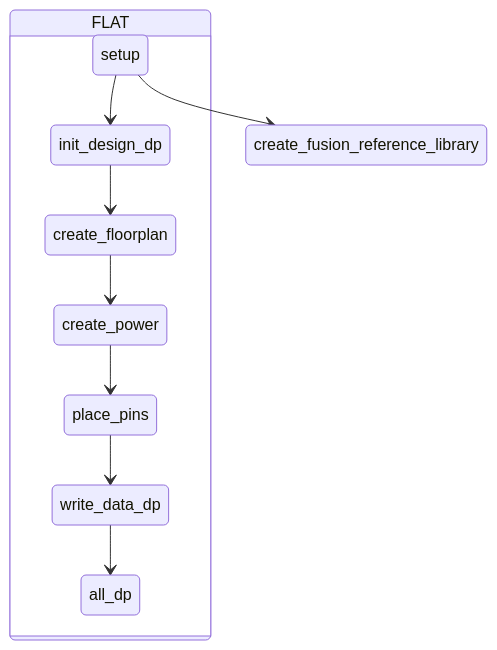
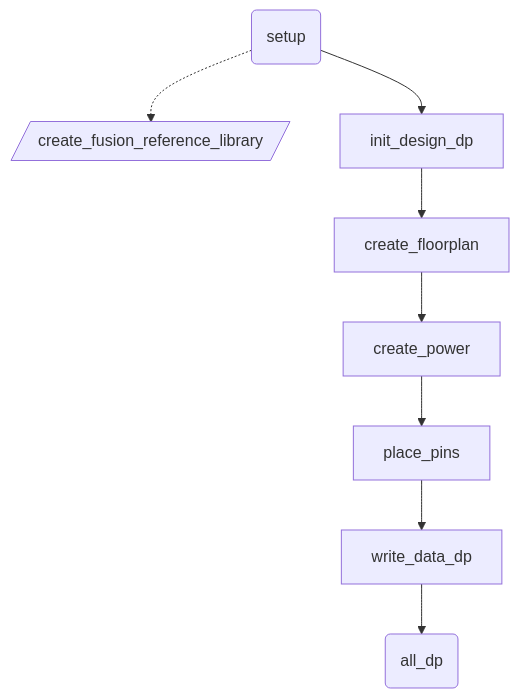
The second of 4 diagrams in ICC2DP.md (plusisland/ICC2), drawn with Mermaid before and after one commit. The commit also changed other lines of this file, not shown here.

````diff
--- a/ICC2DP.md
+++ b/ICC2DP.md
@@ -145,12 +149,14 @@
 ```mermaid
-stateDiagram-v2
-    setup --> create_fusion_reference_library
-state FLAT {
-    setup --> init_design_dp
-    init_design_dp --> create_floorplan
-    create_floorplan --> create_power
-    create_power --> place_pins
-    place_pins --> write_data_dp
-    write_data_dp --> all_dp
-}
+flowchart TD
+    setup["setup"] -.-> create_fusion_reference_library["create_fusion_reference_library"]
+    setup --> init_design_dp["init_design_dp"]
+    init_design_dp --> create_floorplan["create_floorplan"]
+    create_floorplan --> create_power["create_power"]
+    create_power --> place_pins["place_pins"]
+    place_pins --> write_data_dp["write_data_dp"]
+    write_data_dp --> all_dp["all_dp"]
+
+    setup@{ shape: rounded}
+    create_fusion_reference_library@{ shape: lean-r}
+    all_dp@{ shape: rounded}
 ```
````
